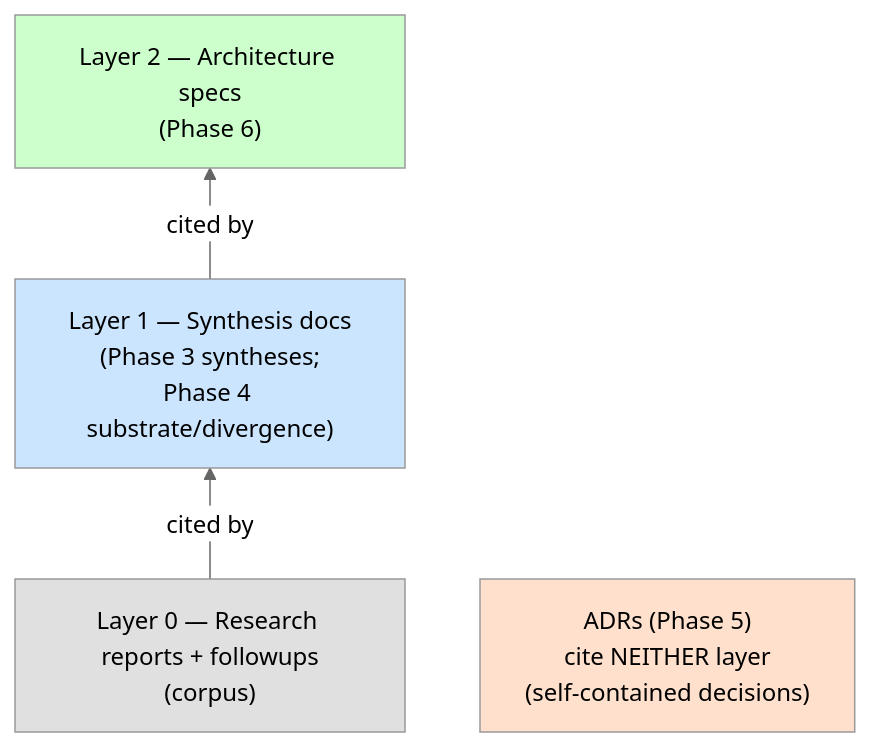
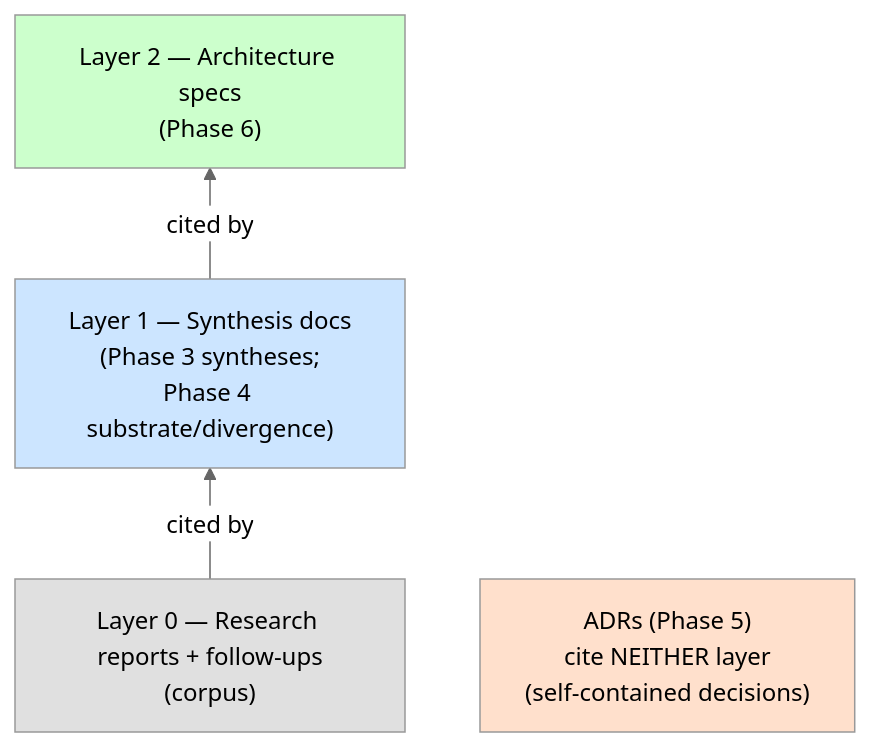
Before and after one commit to lago-morph/software-factory: diagram 11 of 11 in research-plan-v3-primer.md, drawn with Mermaid (neutral theme). The commit also changed other lines of this file, not shown here.

````diff
--- a/research-plan-v3-primer.md
+++ b/research-plan-v3-primer.md
@@ -288,16 +265,16 @@
 ```mermaid
 flowchart BT
-    REPORTS["Layer 0 — Research reports + followups<br/>(corpus)"]
+    REPORTS["Layer 0 — Research reports + follow-ups<br/>(corpus)"]
     SYN["Layer 1 — Synthesis docs<br/>(Phase 3 syntheses;<br/>Phase 4 substrate/divergence)"]
     SPEC["Layer 2 — Architecture specs<br/>(Phase 6)"]
 
     REPORTS -->|cited by| SYN
     SYN -->|cited by| SPEC
 
     ADR["ADRs (Phase 5)<br/>cite NEITHER layer<br/>(self-contained decisions)"]
 
     style REPORTS fill:#e0e0e0,color:#000
     style SYN fill:#cce5ff,color:#000
     style SPEC fill:#ccffcc,color:#000
     style ADR fill:#ffe0cc,color:#000
 ```
````
